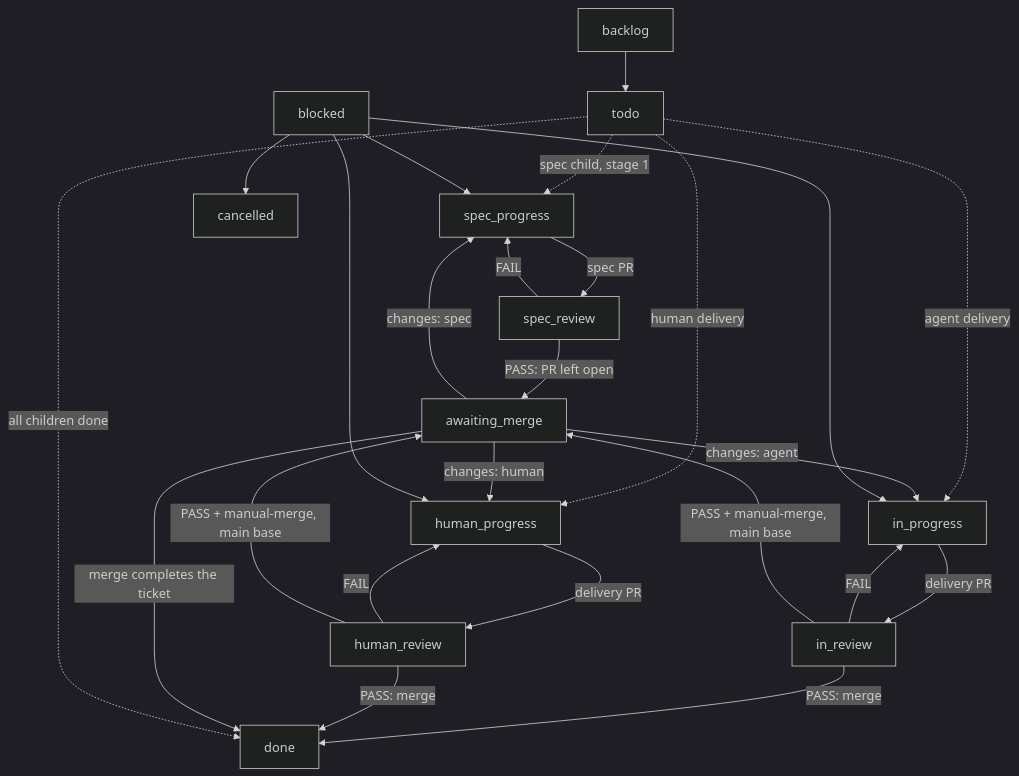
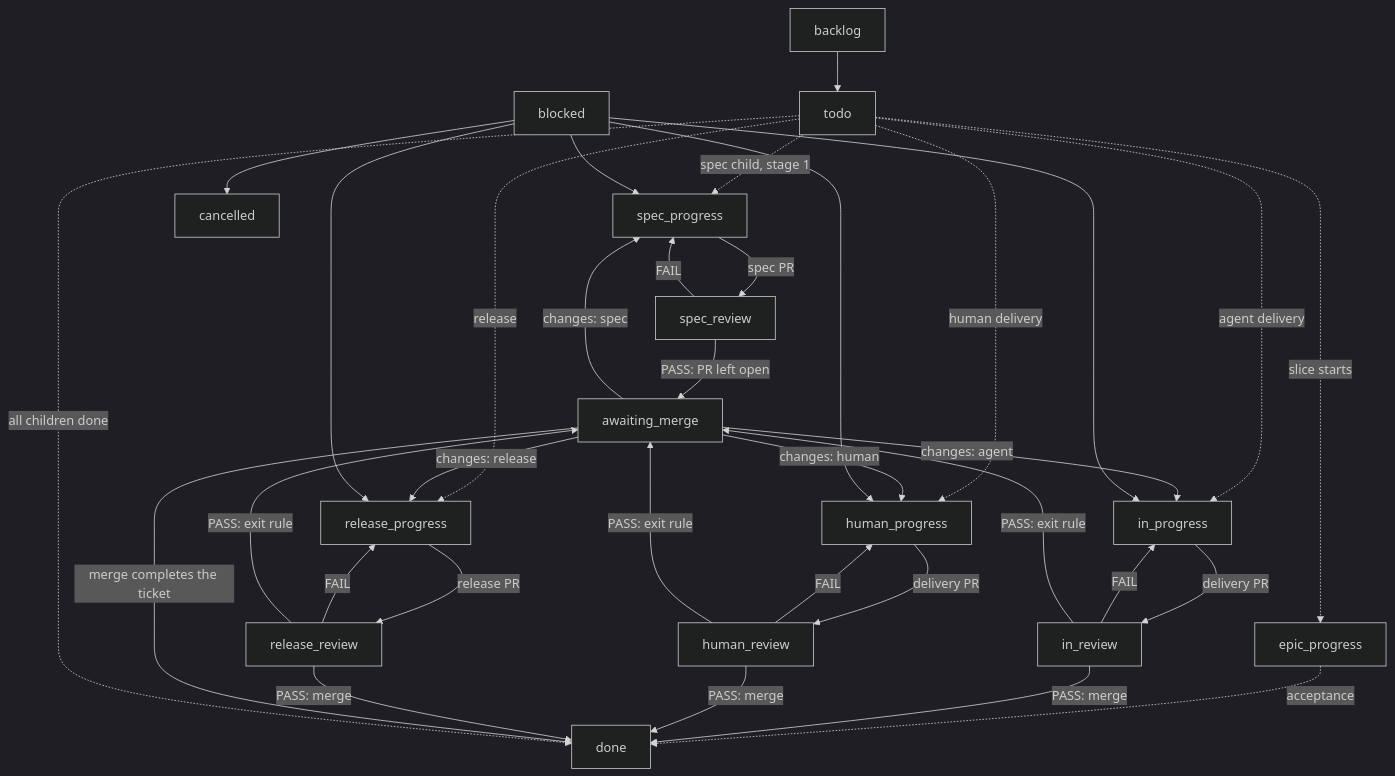
One commit to miran248/multica-workspace changed the diagram in docs/factory.md. Above: the diagram before and after it, drawn with Mermaid (dark theme). The commit also changed other lines of this file and 13 other files, not shown here.

Commit message:
feat(factory): declare the gate-free graph and review exit, MIR-231

````diff
--- a/docs/factory.md
+++ b/docs/factory.md
@@ -20,27 +21,36 @@
 ```mermaid
 flowchart TD
   backlog --> todo
   todo -.->|"spec child, stage 1"| spec_progress
   todo -.->|"agent delivery"| in_progress
   todo -.->|"human delivery"| human_progress
+  todo -.->|"release"| release_progress
+  todo -.->|"slice starts"| epic_progress
+  epic_progress -.->|"acceptance"| done
   spec_progress -->|"spec PR"| spec_review
   spec_review -->|"FAIL"| spec_progress
   spec_review -->|"PASS: PR left open"| awaiting_merge
   in_progress -->|"delivery PR"| in_review
   human_progress -->|"delivery PR"| human_review
+  release_progress -->|"release PR"| release_review
   in_review -->|"FAIL"| in_progress
   human_review -->|"FAIL"| human_progress
-  in_review -->|"PASS + manual-merge, main base"| awaiting_merge
-  human_review -->|"PASS + manual-merge, main base"| awaiting_merge
+  release_review -->|"FAIL"| release_progress
+  in_review -->|"PASS: exit rule"| awaiting_merge
+  human_review -->|"PASS: exit rule"| awaiting_merge
+  release_review -->|"PASS: exit rule"| awaiting_merge
   in_review -->|"PASS: merge"| done
   human_review -->|"PASS: merge"| done
+  release_review -->|"PASS: merge"| done
   awaiting_merge -->|"merge completes the ticket"| done
   awaiting_merge -->|"changes: spec"| spec_progress
   awaiting_merge -->|"changes: agent"| in_progress
   awaiting_merge -->|"changes: human"| human_progress
+  awaiting_merge -->|"changes: release"| release_progress
   blocked --> spec_progress
   blocked --> human_progress
   blocked --> in_progress
+  blocked --> release_progress
   blocked --> cancelled
   todo -.->|"all children done"| done
 ```
````
